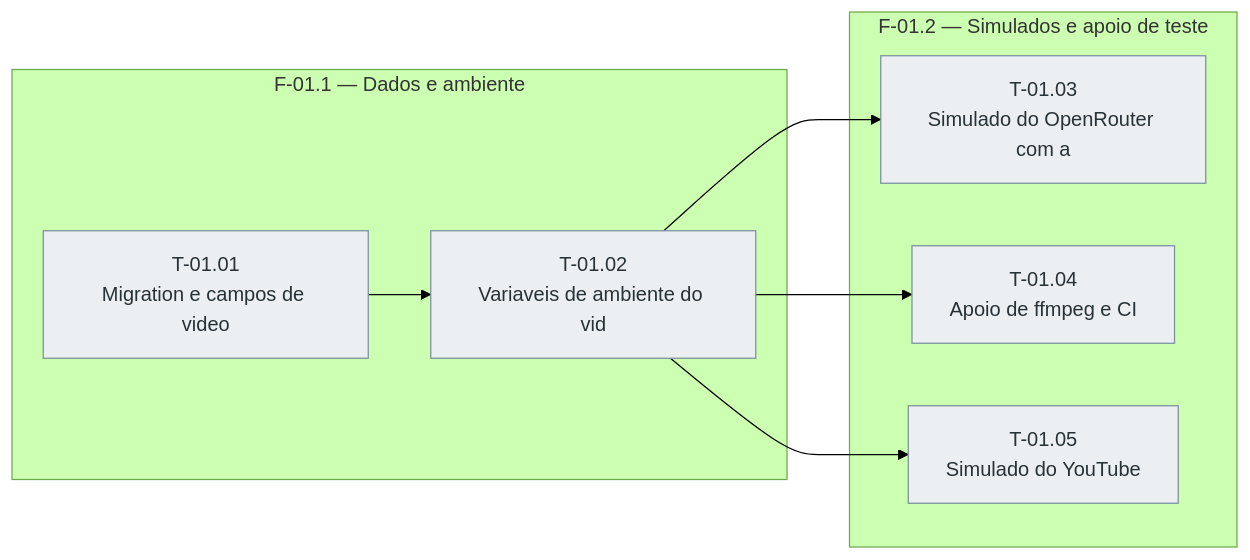
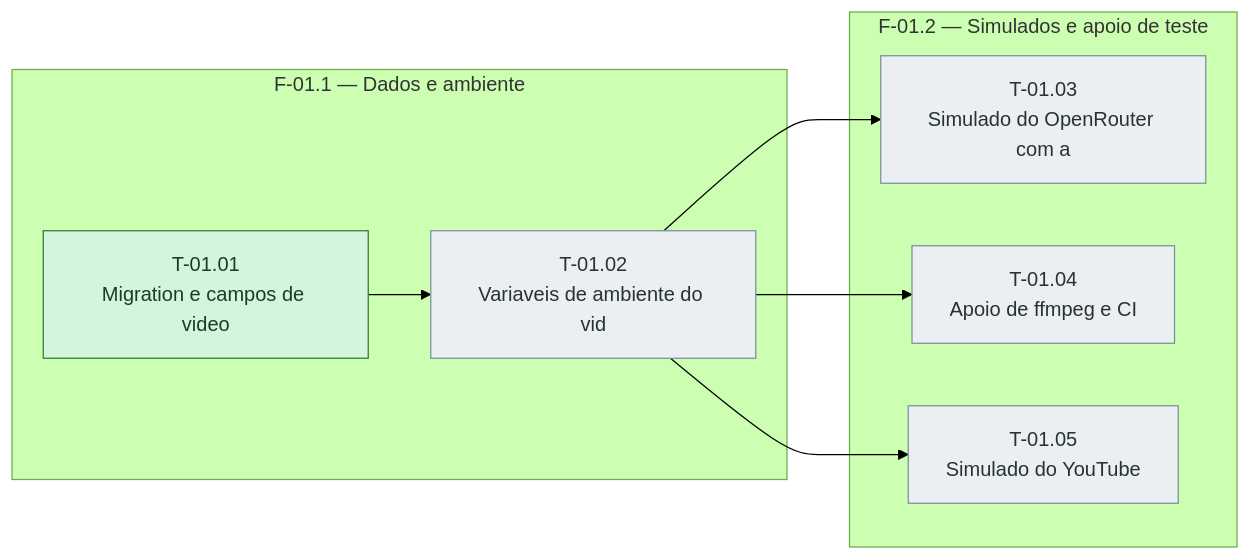
Before and after one commit to bittencourtthulio/converse-chatbot: the diagram in docs/conhecimento-em-video/sprint-01/fases.md, drawn with Mermaid (forest theme). The commit also changed 4 other files, not shown here.

````diff
--- a/docs/conhecimento-em-video/sprint-01/fases.md
+++ b/docs/conhecimento-em-video/sprint-01/fases.md
@@ -31,29 +31,29 @@
 ```mermaid
 %% Grafo de tasks — sprint-01 — gerado pela sprintx a partir de tasks.md
 flowchart LR
   subgraph fase_01_1["F-01.1 — Dados e ambiente"]
     T_01_01["T-01.01<br/>Migration e campos de video"]
     T_01_02["T-01.02<br/>Variaveis de ambiente do vid"]
   end
   subgraph fase_01_2["F-01.2 — Simulados e apoio de teste"]
     T_01_03["T-01.03<br/>Simulado do OpenRouter com a"]
     T_01_04["T-01.04<br/>Apoio de ffmpeg e CI"]
     T_01_05["T-01.05<br/>Simulado do YouTube"]
   end
   T_01_01 --> T_01_02
   T_01_02 --> T_01_03
   T_01_02 --> T_01_04
   T_01_02 --> T_01_05
 
   classDef concluida fill:#d4f4dd,stroke:#2e7d32,color:#1b3d20
   classDef andamento fill:#fff3cd,stroke:#b8860b,color:#4a3800
   classDef bloqueada fill:#f8d7da,stroke:#c62828,color:#4a1d1f
   classDef pendente  fill:#eceff1,stroke:#78909c,color:#263238
   classDef critico   stroke-width:3px
 
-  class T_01_01 pendente
+  class T_01_01 concluida
   class T_01_02 pendente
   class T_01_03 pendente
   class T_01_04 pendente
   class T_01_05 pendente
 ```
````
